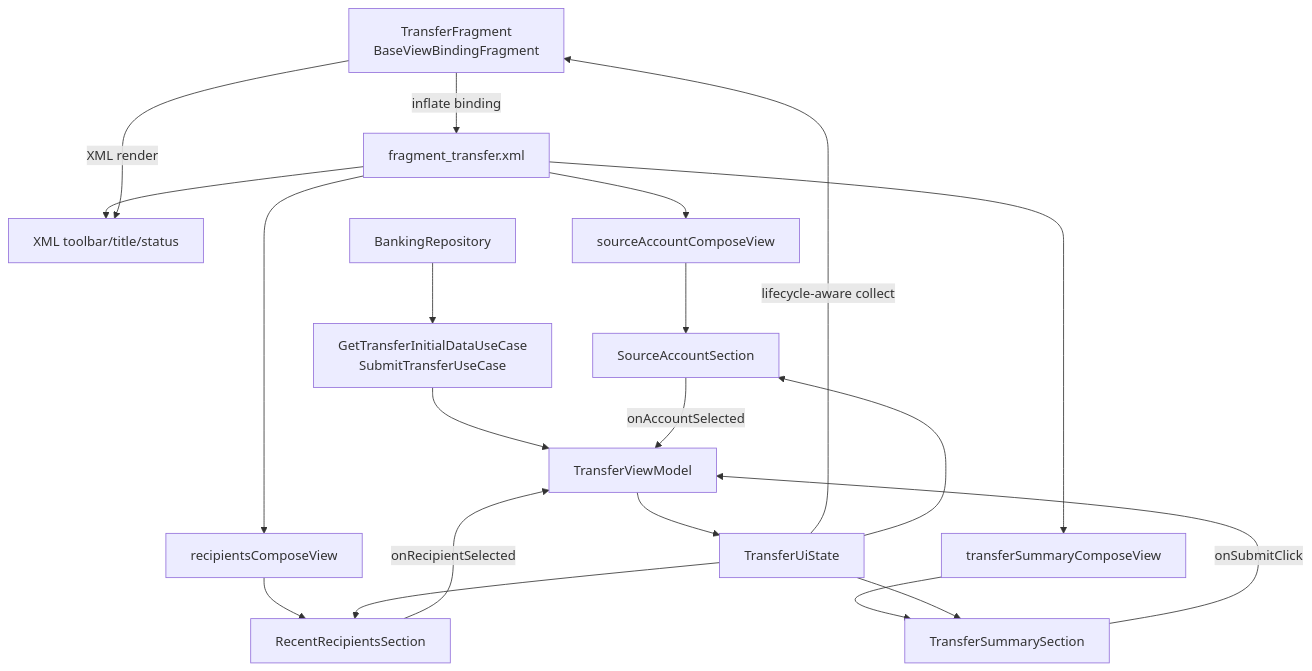
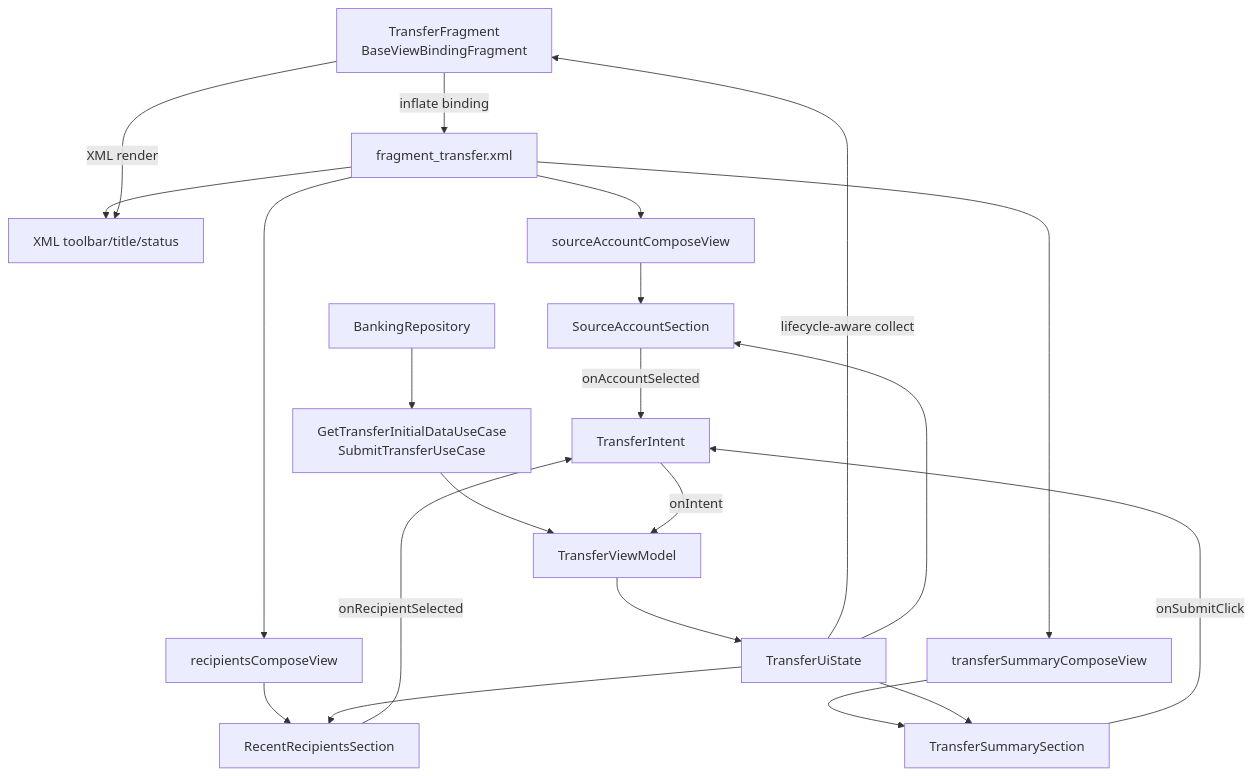
The second of 5 diagrams in docs/fragment-compose-codebase-mapping.md (onurKuscuogluTD/compose-mimari), drawn with Mermaid before and after one commit. The commit also changed other lines of this file and 20 other files, not shown here.

Commit message:
Add MVI presentation architecture

````diff
--- a/docs/fragment-compose-codebase-mapping.md
+++ b/docs/fragment-compose-codebase-mapping.md
@@ -49,40 +60,42 @@
 ```mermaid
 flowchart TD
     Fragment["TransferFragment\nBaseViewBindingFragment"]
     Xml["fragment_transfer.xml"]
     Toolbar["XML toolbar/title/status"]
     SourceCV["sourceAccountComposeView"]
     RecipientsCV["recipientsComposeView"]
     SummaryCV["transferSummaryComposeView"]
     VM["TransferViewModel"]
     State["TransferUiState"]
     SourceSection["SourceAccountSection"]
     RecipientSection["RecentRecipientsSection"]
     SummarySection["TransferSummarySection"]
+    Intent["TransferIntent"]
     UseCase["GetTransferInitialDataUseCase\nSubmitTransferUseCase"]
     Repository["BankingRepository"]
 
     Fragment -->|"inflate binding"| Xml
     Xml --> Toolbar
     Xml --> SourceCV
     Xml --> RecipientsCV
     Xml --> SummaryCV
 
     Repository --> UseCase
     UseCase --> VM
     VM --> State
 
     State -->|"lifecycle-aware collect"| Fragment
     Fragment -->|"XML render"| Toolbar
     SourceCV --> SourceSection
     RecipientsCV --> RecipientSection
     SummaryCV --> SummarySection
 
     State --> SourceSection
     State --> RecipientSection
     State --> SummarySection
 
-    SourceSection -->|"onAccountSelected"| VM
-    RecipientSection -->|"onRecipientSelected"| VM
-    SummarySection -->|"onSubmitClick"| VM
+    SourceSection -->|"onAccountSelected"| Intent
+    RecipientSection -->|"onRecipientSelected"| Intent
+    SummarySection -->|"onSubmitClick"| Intent
+    Intent -->|"onIntent"| VM
 ```
````
